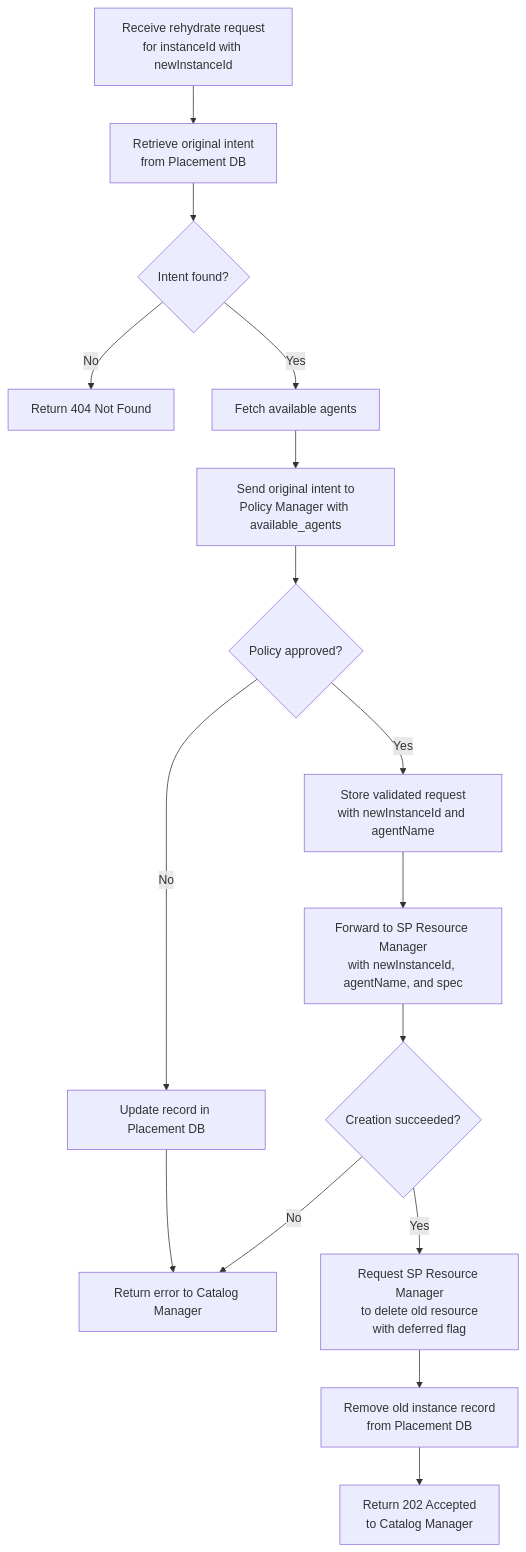
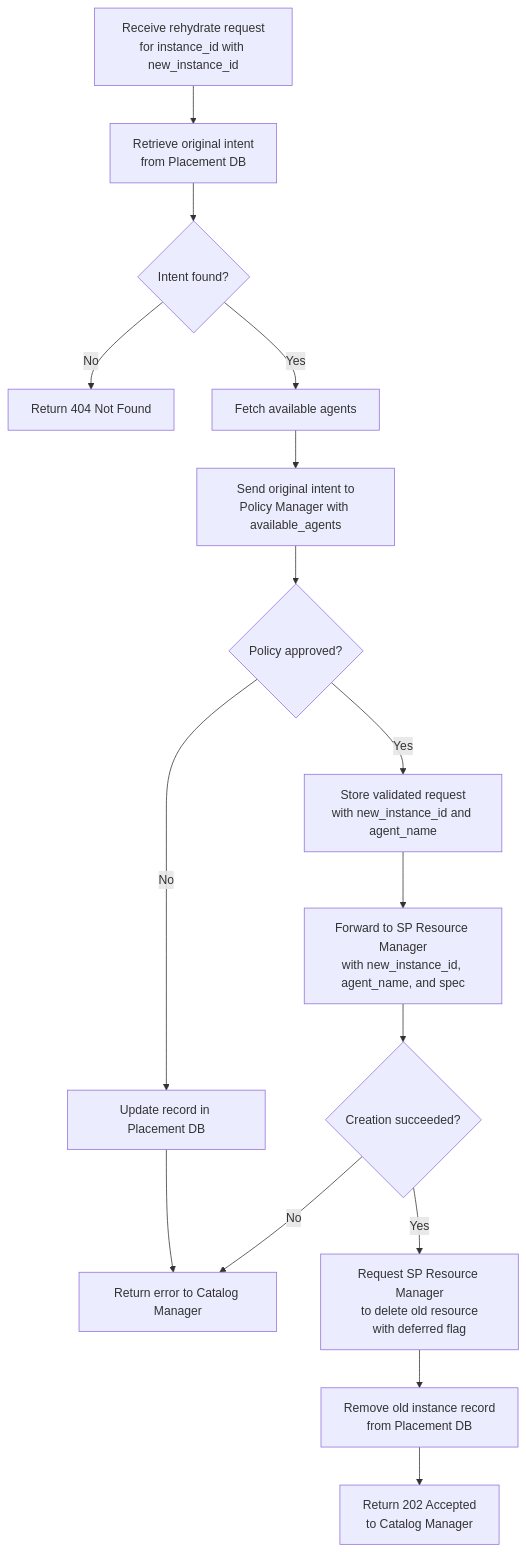
Before and after one commit to dcm-project/enhancements: the fourth of 4 diagrams in enhancements/rehydration-flow/rehydration-flow.md, drawn with Mermaid. The commit also changed other lines of this file and 19 other files, not shown here.

````diff
--- a/enhancements/rehydration-flow/rehydration-flow.md
+++ b/enhancements/rehydration-flow/rehydration-flow.md
@@ -393,18 +394,18 @@
 ```mermaid
 flowchart TD
-    A[Receive rehydrate request<br/>for instanceId with newInstanceId] --> B[Retrieve original intent<br/>from Placement DB]
+    A[Receive rehydrate request<br/>for instance_id with new_instance_id] --> B[Retrieve original intent<br/>from Placement DB]
     B --> C{Intent found?}
     C -->|No| D[Return 404 Not Found]
     C -->|Yes| E[Fetch available agents]
     E --> F[Send original intent to<br/>Policy Manager with available_agents]
     F --> G{Policy approved?}
     G -->|No| H[Update record in Placement DB]
     H --> I[Return error to Catalog Manager]
-    G -->|Yes| J[Store validated request<br/>with newInstanceId and agentName]
-    J --> K[Forward to SP Resource Manager<br/>with newInstanceId, agentName, and spec]
+    G -->|Yes| J[Store validated request<br/>with new_instance_id and agent_name]
+    J --> K[Forward to SP Resource Manager<br/>with new_instance_id, agent_name, and spec]
     K --> L{Creation succeeded?}
     L -->|No| I
     L -->|Yes| M[Request SP Resource Manager<br/>to delete old resource<br/>with deferred flag]
     M --> N[Remove old instance record<br/>from Placement DB]
     N --> O[Return 202 Accepted<br/>to Catalog Manager]
 ```
````
